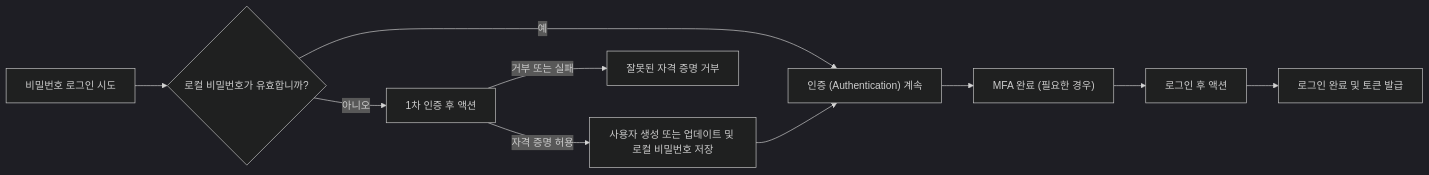
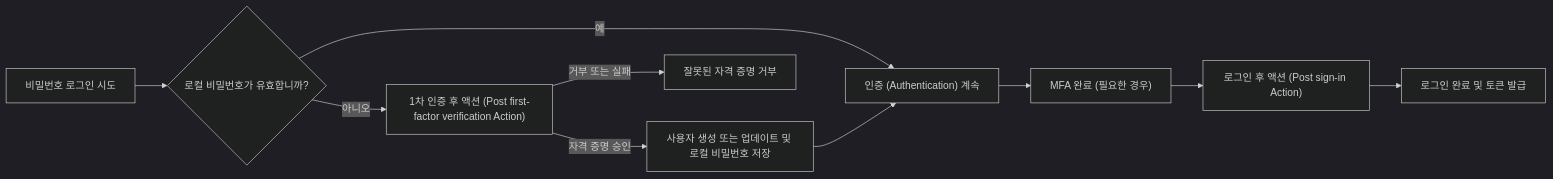
One commit to logto-io/docs changed the diagram in i18n/ko/docusaurus-plugin-content-docs/current/developers/actions/README.mdx. Above: the diagram before and after it, drawn with Mermaid (dark theme). The commit also changed other lines of this file and 17 other files, not shown here.

````diff
--- a/i18n/ko/docusaurus-plugin-content-docs/current/developers/actions/README.mdx
+++ b/i18n/ko/docusaurus-plugin-content-docs/current/developers/actions/README.mdx
@@ -29,12 +29,13 @@
 ```mermaid
 flowchart LR
-  A["비밀번호 로그인 시도"] --> B{"로컬 비밀번호가 유효합니까?"}
+  A["비밀번호 로그인 시도"]
+  --> B{"로컬 비밀번호가 유효합니까?"}
   B -->|"예"| E["인증 (Authentication) 계속"]
-  B -->|"아니오"| C["1차 인증 후 액션"]
-  C -->|"자격 증명 허용"| D["사용자 생성 또는 업데이트 및 로컬 비밀번호 저장"]
+  B -->|"아니오"| C["1차 인증 후 액션 (Post first-factor verification Action)"]
+  C -->|"자격 증명 승인"| D["사용자 생성 또는 업데이트 및 로컬 비밀번호 저장"]
   C -->|"거부 또는 실패"| X["잘못된 자격 증명 거부"]
   D --> E
   E --> F["MFA 완료 (필요한 경우)"]
-  F --> G["로그인 후 액션"]
+  F --> G["로그인 후 액션 (Post sign-in Action)"]
   G --> H["로그인 완료 및 토큰 발급"]
 ```
````
